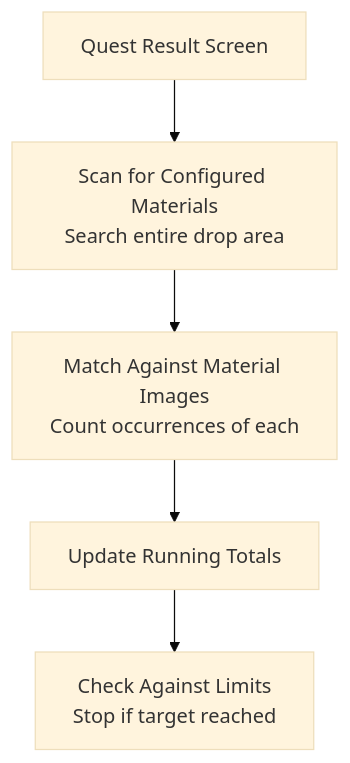
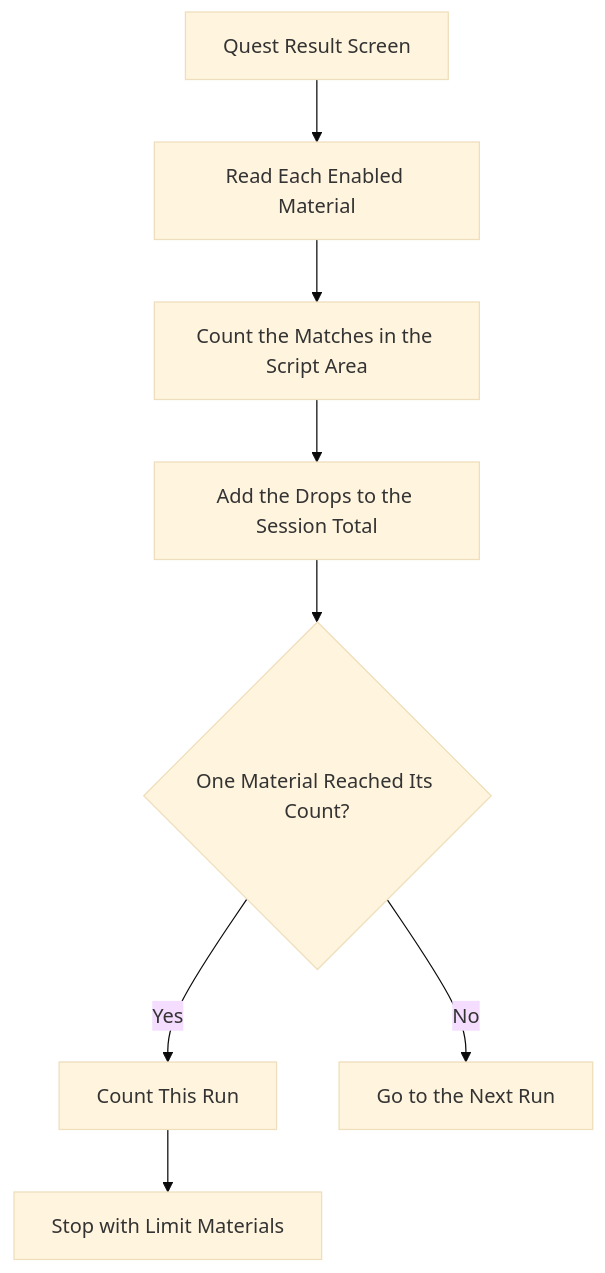
Before and after one commit to ArthurKun21/FGA-Preview-Build: the diagram in docs/in-battle/tracking/materials-tracking.md, drawn with Mermaid (base theme). The commit also changed other lines of this file and 23 other files, not shown here.

````diff
--- a/docs/in-battle/tracking/materials-tracking.md
+++ b/docs/in-battle/tracking/materials-tracking.md
@@ -29,7 +32,10 @@
 ```mermaid
 flowchart TD
-    A[Quest Result Screen] --> B[Scan for Configured Materials<br/>Search entire drop area]
-    B --> C[Match Against Material Images<br/>Count occurrences of each]
-    C --> D[Update Running Totals]
-    D --> E[Check Against Limits<br/>Stop if target reached]
+    A[Quest Result Screen] --> B[Read Each Enabled Material]
+    B --> C[Count the Matches in the Script Area]
+    C --> D[Add the Drops to the Session Total]
+    D --> E{One Material Reached Its Count?}
+    E -->|Yes| F[Count This Run]
+    F --> G[Stop with Limit Materials]
+    E -->|No| H[Go to the Next Run]
 ```
````
